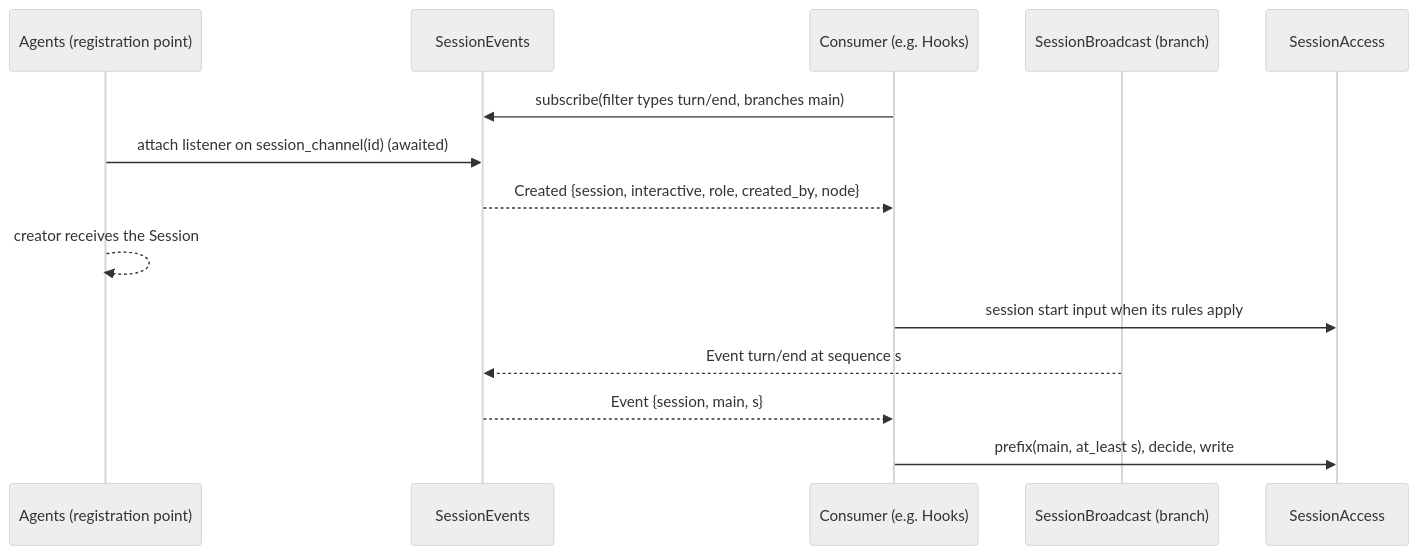
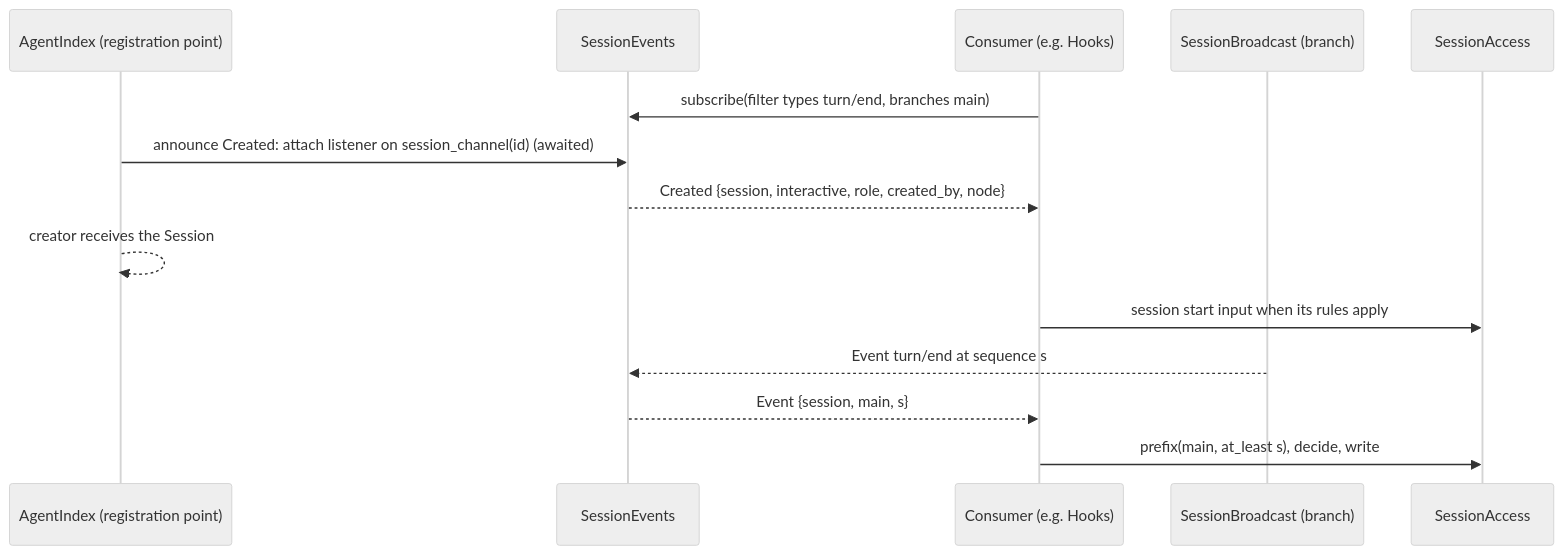
Before and after one commit to CoutinhoTTS/dim-agent: the third of 5 diagrams in docs/design/contracts/session-broadcast-subscription.md, drawn with Mermaid (neutral theme). The commit also changed other lines of this file and 4 other files, not shown here.

````diff
--- a/docs/design/contracts/session-broadcast-subscription.md
+++ b/docs/design/contracts/session-broadcast-subscription.md
@@ -75,16 +78,16 @@
 ```mermaid
 sequenceDiagram
-  participant A as Agents (registration point)
+  participant A as AgentIndex (registration point)
   participant SE as SessionEvents
   participant C as Consumer (e.g. Hooks)
   participant B as SessionBroadcast (branch)
   participant SA as SessionAccess
   C->>SE: subscribe(filter types turn/end, branches main)
-  A->>SE: attach listener on session_channel(id) (awaited)
+  A->>SE: announce Created: attach listener on session_channel(id) (awaited)
   SE-->>C: Created {session, interactive, role, created_by, node}
   A-->>A: creator receives the Session
   C->>SA: session start input when its rules apply
   B-->>SE: Event turn/end at sequence s
   SE-->>C: Event {session, main, s}
   C->>SA: prefix(main, at_least s), decide, write
 ```
````
